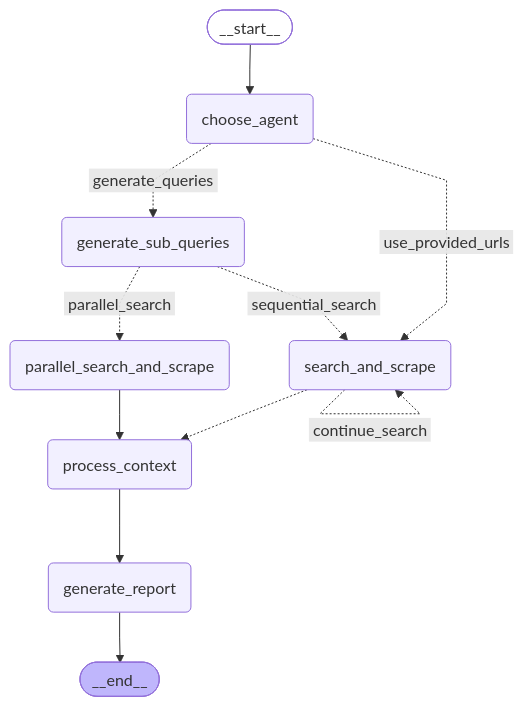
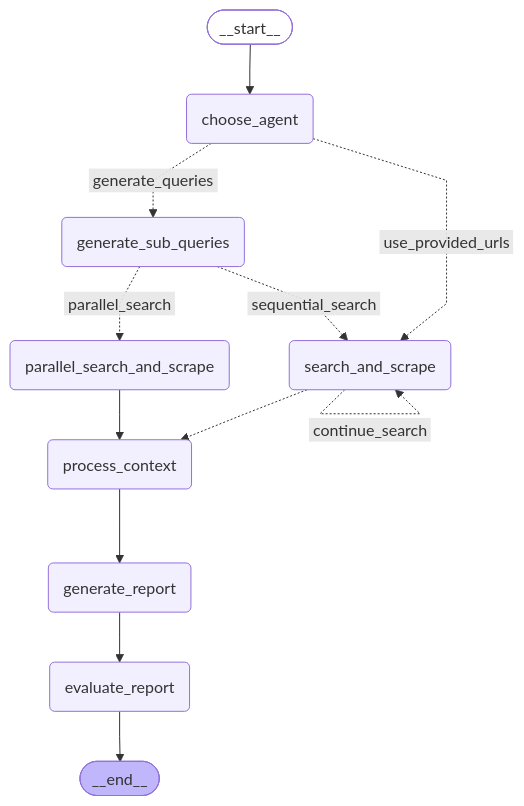
One commit to phamvanhoang9/atlas changed the diagram in visualization/workflow_graph.mmd. Above: the diagram before and after it, drawn with Mermaid. The commit also changed 18 other files, not shown here.

```diff
--- a/visualization/workflow_graph.mmd
+++ b/visualization/workflow_graph.mmd
@@ -1,27 +1,29 @@
 ---
 config:
   flowchart:
     curve: linear
 ---
 graph TD;
 	__start__([<p>__start__</p>]):::first
 	choose_agent(choose_agent)
 	generate_sub_queries(generate_sub_queries)
 	parallel_search_and_scrape(parallel_search_and_scrape)
 	search_and_scrape(search_and_scrape)
 	process_context(process_context)
 	generate_report(generate_report)
+	evaluate_report(evaluate_report)
 	__end__([<p>__end__</p>]):::last
 	__start__ --> choose_agent;
 	choose_agent -. &nbsp;generate_queries&nbsp; .-> generate_sub_queries;
 	choose_agent -. &nbsp;use_provided_urls&nbsp; .-> search_and_scrape;
+	generate_report --> evaluate_report;
 	generate_sub_queries -. &nbsp;parallel_search&nbsp; .-> parallel_search_and_scrape;
 	generate_sub_queries -. &nbsp;sequential_search&nbsp; .-> search_and_scrape;
 	parallel_search_and_scrape --> process_context;
 	process_context --> generate_report;
 	search_and_scrape -.-> process_context;
-	generate_report --> __end__;
+	evaluate_report --> __end__;
 	search_and_scrape -. &nbsp;continue_search&nbsp; .-> search_and_scrape;
 	classDef default fill:#f2f0ff,line-height:1.2
 	classDef first fill-opacity:0
 	classDef last fill:#bfb6fc
```
